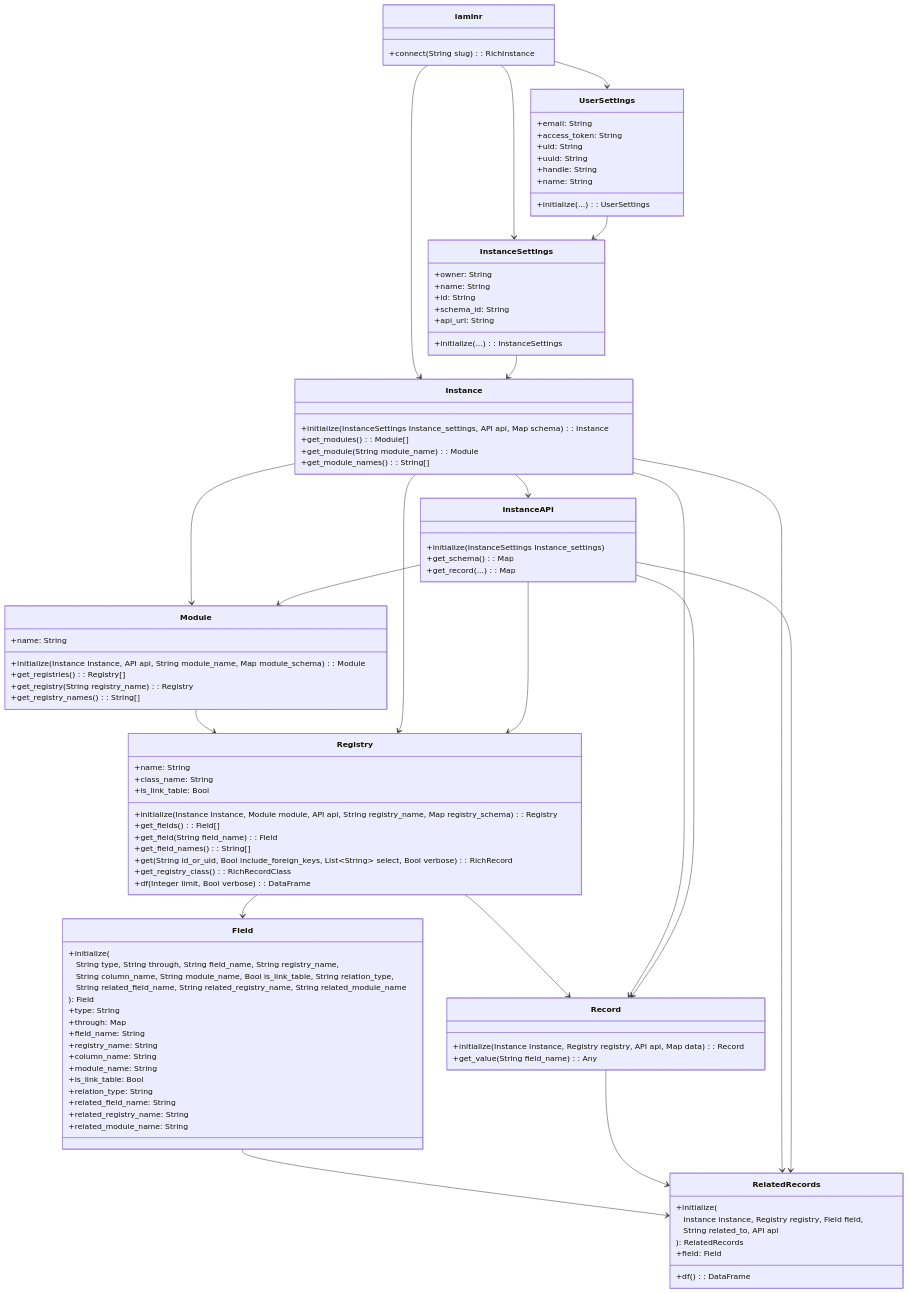
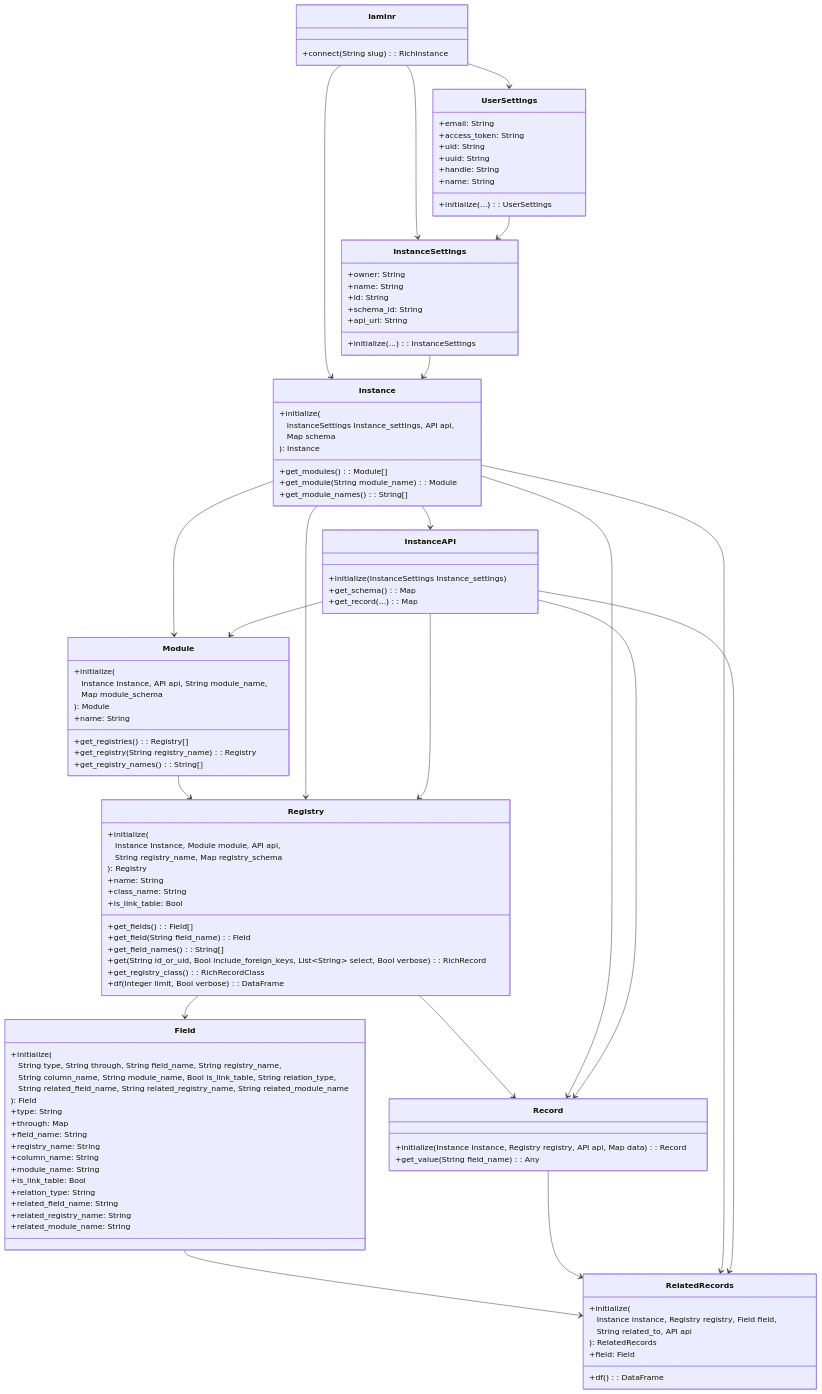
The first of 2 diagrams in vignettes/architecture.qmd (laminlabs/laminr), drawn with Mermaid before and after one commit. The commit also changed other lines of this file, not shown here.

```diff
--- a/vignettes/architecture.qmd
+++ b/vignettes/architecture.qmd
@@ -64,7 +64,10 @@
         +api_url: String
     }
     class Instance{
-        +initialize(InstanceSettings Instance_settings, API api, Map<String, any> schema): Instance
+        +initialize(
+          #emsp;InstanceSettings Instance_settings, API api,
+          #emsp;Map<String, any> schema
+        ): Instance
         +get_modules(): Module[]
         +get_module(String module_name): Module
         +get_module_names(): String[]
@@ -75,14 +78,20 @@
         +get_record(...): Map<String, Any>
     }
     class Module{
-        +initialize(Instance Instance, API api, String module_name, Map<String, any> module_schema): Module
+        +initialize(
+          #emsp;Instance Instance, API api, String module_name,
+          #emsp;Map<String, any> module_schema
+        ): Module
         +name: String
         +get_registries(): Registry[]
         +get_registry(String registry_name): Registry
         +get_registry_names(): String[]
     }
     class Registry{
-        +initialize(Instance Instance, Module module, API api, String registry_name, Map<String, Any> registry_schema): Registry
+        +initialize(
+          #emsp;Instance Instance, Module module, API api,
+          #emsp;String registry_name, Map<String, Any> registry_schema
+        ): Registry
         +name: String
         +class_name: String
         +is_link_table: Bool
```
